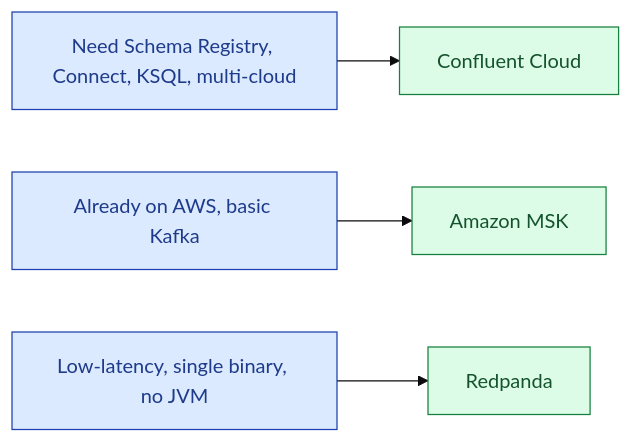
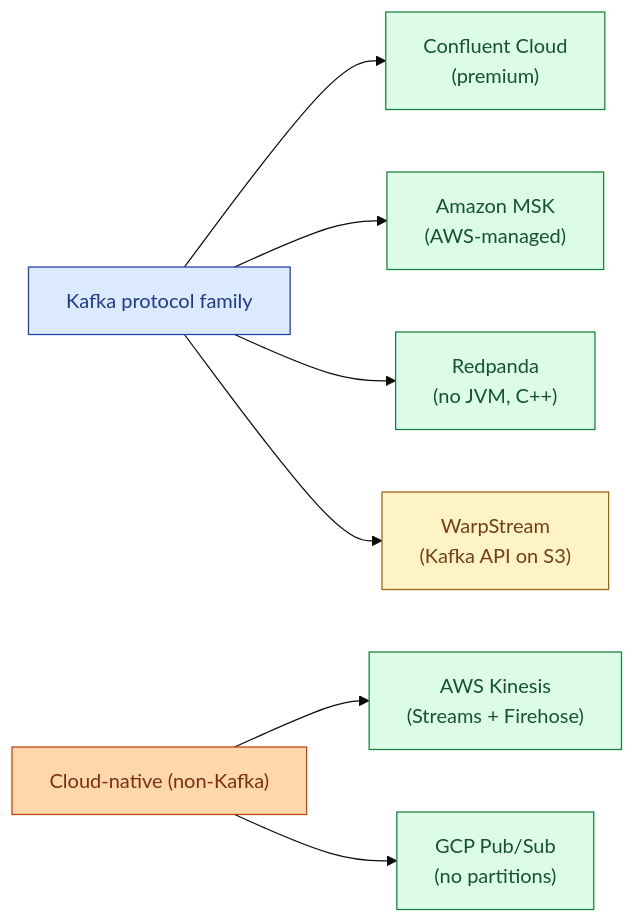
The first of 2 diagrams in _de_concepts/077-streaming-platforms.md (shiningflash/shiningflash.github.io), drawn with Mermaid (base theme) before and after one commit. The commit also changed other lines of this file and 69 other files, not shown here.

````diff
--- a/_de_concepts/077-streaming-platforms.md
+++ b/_de_concepts/077-streaming-platforms.md
@@ -19,9 +14,17 @@
 ```mermaid
 flowchart LR
-    Use1["Need Schema Registry, Connect, KSQL, multi-cloud"]:::a --> CC["Confluent Cloud"]:::g
-    Use2["Already on AWS, basic Kafka"]:::a --> MSK["Amazon MSK"]:::g
-    Use3["Low-latency, single binary, no JVM"]:::a --> RP["Redpanda"]:::g
+    Kafka["Kafka protocol family"]:::a
+    Kafka --> CC["Confluent Cloud<br/>(premium)"]:::g
+    Kafka --> MSK["Amazon MSK<br/>(AWS-managed)"]:::g
+    Kafka --> RP["Redpanda<br/>(no JVM, C++)"]:::g
+    Kafka --> WS["WarpStream<br/>(Kafka API on S3)"]:::y
+
+    Native["Cloud-native (non-Kafka)"]:::b
+    Native --> KIN["AWS Kinesis<br/>(Streams + Firehose)"]:::g
+    Native --> PS["GCP Pub/Sub<br/>(no partitions)"]:::g
 
     classDef a fill:#dbeafe,stroke:#1e40af,color:#1e3a8a
+    classDef b fill:#fed7aa,stroke:#c2410c,color:#7c2d12
     classDef g fill:#dcfce7,stroke:#15803d,color:#14532d
+    classDef y fill:#fef3c7,stroke:#a16207,color:#713f12
 ```
````
